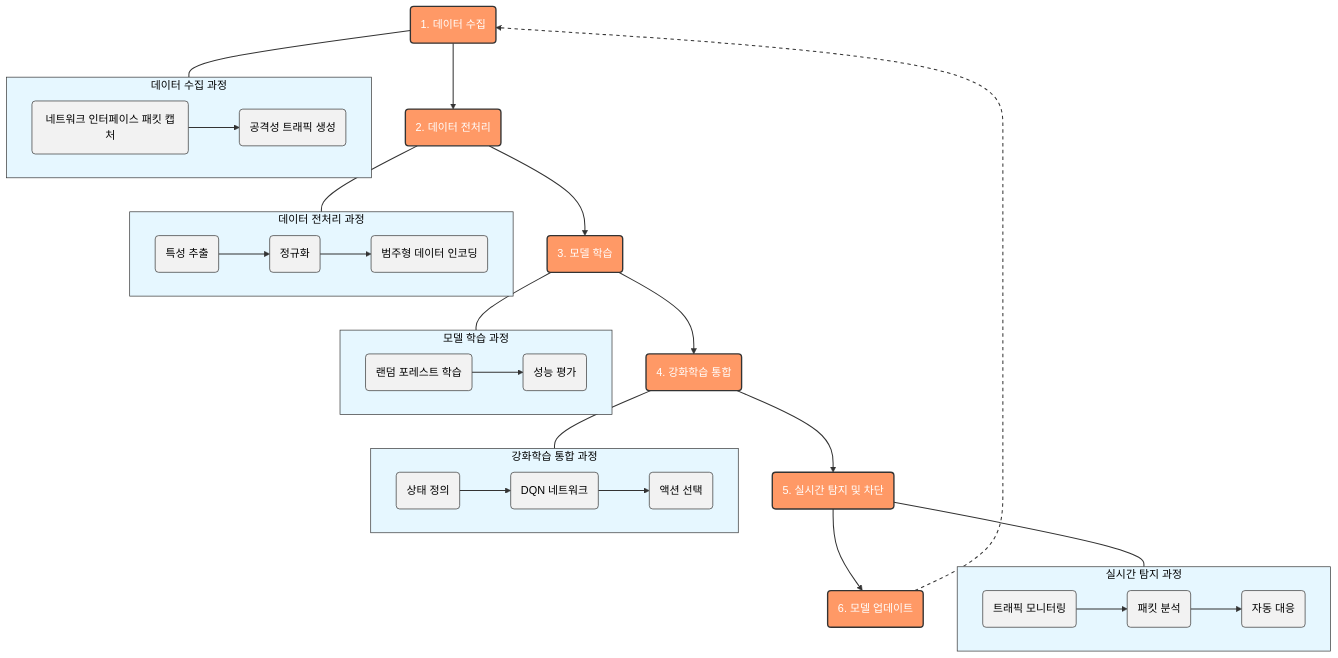
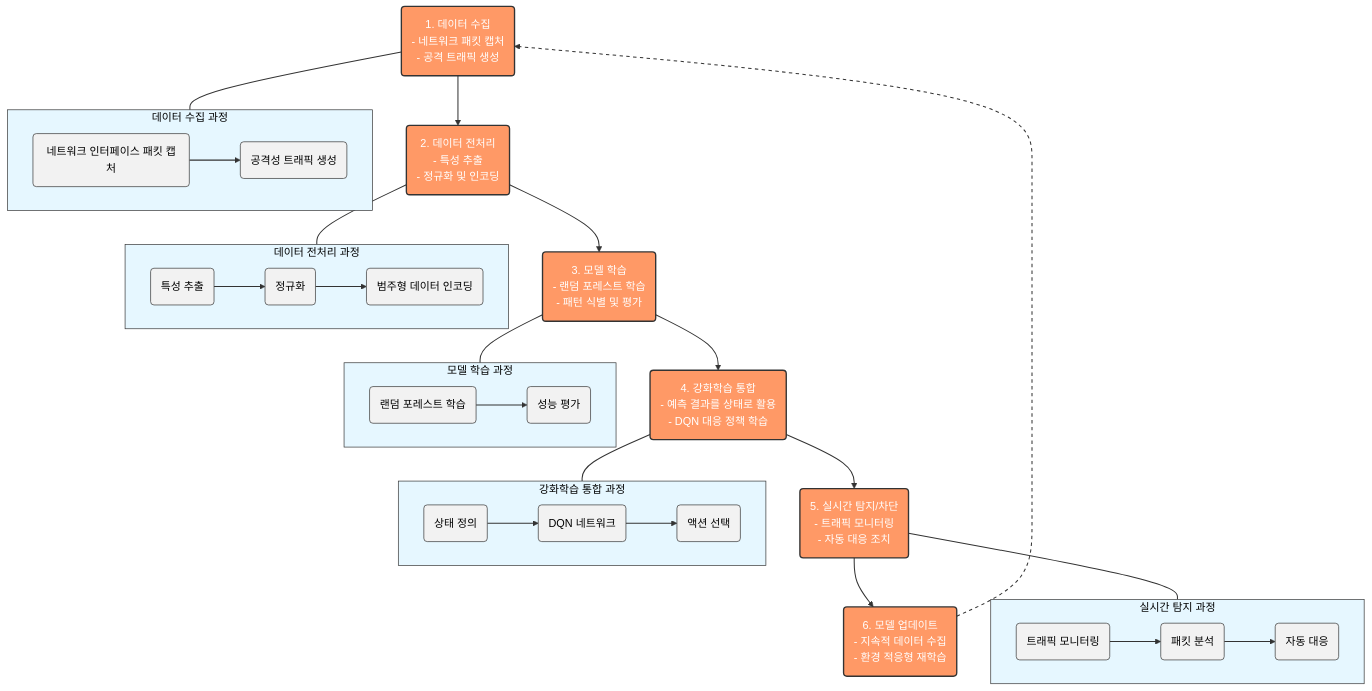
One commit to Es5724/Intrusion_DetectionSystem_AIagent changed the first of 4 diagrams in README.md. Above: the diagram before and after it, drawn with Mermaid.

````diff
--- a/README.md
+++ b/README.md
@@ -98,78 +98,78 @@
 ```mermaid
 flowchart TB
     %% 주요 단계 정의
-    step1("1. 데이터 수집")
-    step2("2. 데이터 전처리")
-    step3("3. 모델 학습")
-    step4("4. 강화학습 통합")
-    step5("5. 실시간 탐지 및 차단")
-    step6("6. 모델 업데이트")
+    step1("1. 데이터 수집<br>- 네트워크 패킷 캡처<br>- 공격 트래픽 생성")
+    step2("2. 데이터 전처리<br>- 특성 추출<br>- 정규화 및 인코딩")
+    step3("3. 모델 학습<br>- 랜덤 포레스트 학습<br>- 패턴 식별 및 평가")
+    step4("4. 강화학습 통합<br>- 예측 결과를 상태로 활용<br>- DQN 대응 정책 학습")
+    step5("5. 실시간 탐지/차단<br>- 트래픽 모니터링<br>- 자동 대응 조치")
+    step6("6. 모델 업데이트<br>- 지속적 데이터 수집<br>- 환경 적응형 재학습")
     
     %% 단계별 연결
     step1 --> step2 --> step3 --> step4 --> step5 --> step6
     step6 -.-> step1
     
     %% 각 단계의 세부 과정
     subgraph collection["데이터 수집 과정"]
         direction LR
         interface("네트워크 인터페이스 패킷 캡처") --> generator("공격성 트래픽 생성")
     end
     
     subgraph preprocessing["데이터 전처리 과정"]
         direction LR
         extract("특성 추출") --> normalize("정규화") --> encode("범주형 데이터 인코딩")
     end
     
     subgraph training["모델 학습 과정"]
         direction LR
         rf("랜덤 포레스트 학습") --> evaluate("성능 평가")
     end
     
     subgraph rl_integration["강화학습 통합 과정"]
         direction LR
         state("상태 정의") --> dqn("DQN 네트워크") --> action("액션 선택")
     end
     
     subgraph detection["실시간 탐지 과정"]
         direction LR
         monitor("트래픽 모니터링") --> analyze("패킷 분석") --> respond("자동 대응")
     end
     
     %% 단계와 세부 과정 연결
     step1 --- collection
     step2 --- preprocessing
     step3 --- training
     step4 --- rl_integration
     step5 --- detection
     
     %% 스타일 정의
     style step1 fill:#f96,stroke:#333,stroke-width:2px,color:white
     style step2 fill:#f96,stroke:#333,stroke-width:2px,color:white
     style step3 fill:#f96,stroke:#333,stroke-width:2px,color:white
     style step4 fill:#f96,stroke:#333,stroke-width:2px,color:white
     style step5 fill:#f96,stroke:#333,stroke-width:2px,color:white
     style step6 fill:#f96,stroke:#333,stroke-width:2px,color:white
     
     style collection fill:#e6f7ff,stroke:#333,stroke-width:1px,color:black
     style preprocessing fill:#e6f7ff,stroke:#333,stroke-width:1px,color:black
     style training fill:#e6f7ff,stroke:#333,stroke-width:1px,color:black
     style rl_integration fill:#e6f7ff,stroke:#333,stroke-width:1px,color:black
     style detection fill:#e6f7ff,stroke:#333,stroke-width:1px,color:black
     
     style interface fill:#f2f2f2,stroke:#333,stroke-width:1px,color:black
     style generator fill:#f2f2f2,stroke:#333,stroke-width:1px,color:black
     style extract fill:#f2f2f2,stroke:#333,stroke-width:1px,color:black
     style normalize fill:#f2f2f2,stroke:#333,stroke-width:1px,color:black
     style encode fill:#f2f2f2,stroke:#333,stroke-width:1px,color:black
     style rf fill:#f2f2f2,stroke:#333,stroke-width:1px,color:black
     style evaluate fill:#f2f2f2,stroke:#333,stroke-width:1px,color:black
     style state fill:#f2f2f2,stroke:#333,stroke-width:1px,color:black
     style dqn fill:#f2f2f2,stroke:#333,stroke-width:1px,color:black
     style action fill:#f2f2f2,stroke:#333,stroke-width:1px,color:black
     style monitor fill:#f2f2f2,stroke:#333,stroke-width:1px,color:black
     style analyze fill:#f2f2f2,stroke:#333,stroke-width:1px,color:black
     style respond fill:#f2f2f2,stroke:#333,stroke-width:1px,color:black
     
     linkStyle default stroke:#333,stroke-width:1.5px
     linkStyle 5 stroke:#333,stroke-width:1.5px,stroke-dasharray:5
 ```
````
